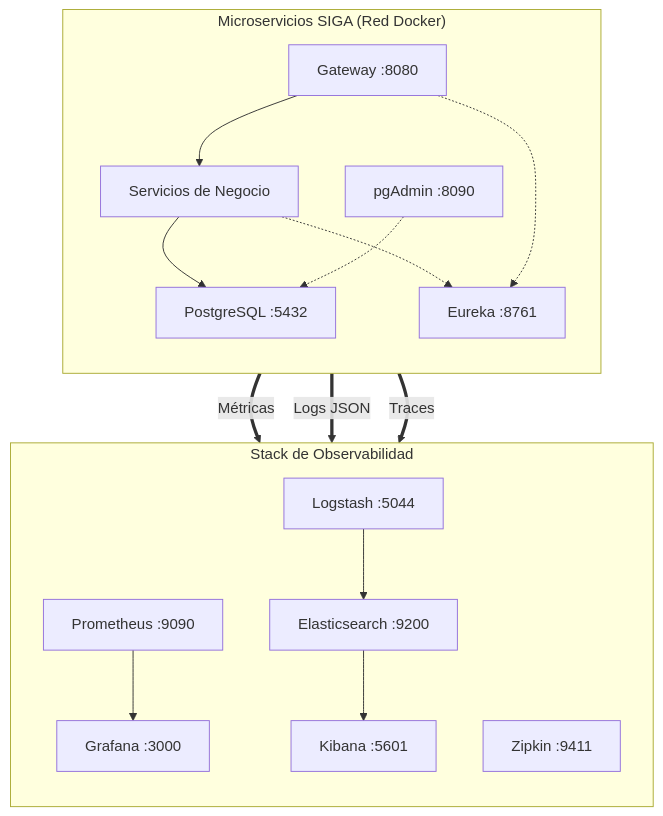
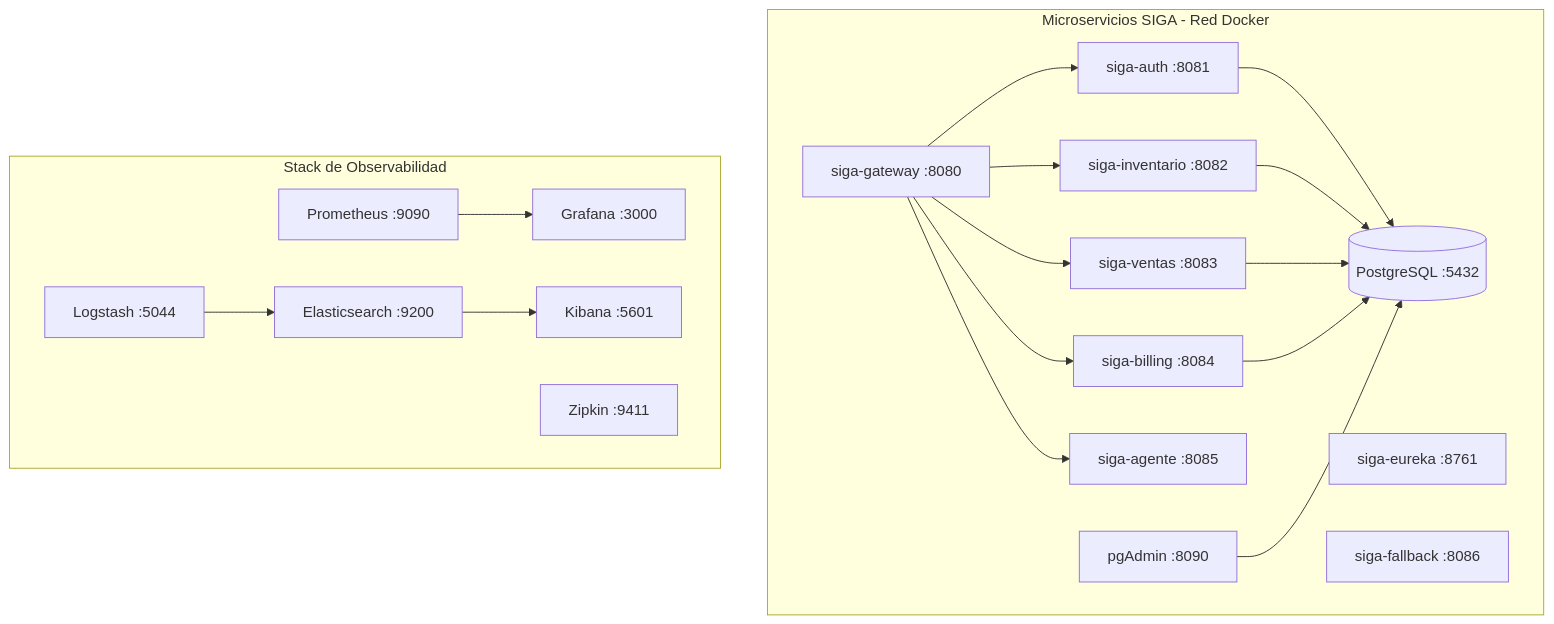
Before and after one commit to HecAguilaV/SIGA: the fifth of 7 diagrams in openspec/changes/migracion-microservicios/architecture-diagrams.md, drawn with Mermaid. The commit also changed other lines of this file, not shown here.

Commit message:
docs: estandarizar TODOS los diagramas con graph (sin flowchart/ELK/emojis)

````diff
--- a/openspec/changes/migracion-microservicios/architecture-diagrams.md
+++ b/openspec/changes/migracion-microservicios/architecture-diagrams.md
@@ -159,27 +159,38 @@
 ```mermaid
-flowchart TD
-    subgraph App["Microservicios SIGA (Red Docker)"]
-        direction TB
-        GW["Gateway :8080"]
-        MS["Servicios de Negocio"]
-        DB["PostgreSQL :5432"]
-        EU["Eureka :8761"]
+graph TD
+    subgraph App["Microservicios SIGA - Red Docker"]
+        GW["siga-gateway :8080"]
+        EU["siga-eureka :8761"]
+        AU["siga-auth :8081"]
+        IN["siga-inventario :8082"]
+        VE["siga-ventas :8083"]
+        BI["siga-billing :8084"]
+        AG["siga-agente :8085"]
+        FB["siga-fallback :8086"]
+        DB[("PostgreSQL :5432")]
         PA["pgAdmin :8090"]
-        
-        GW --> MS --> DB
-        MS -.-> EU
-        GW -.-> EU
-        PA -.-> DB
     end
 
     subgraph Obs["Stack de Observabilidad"]
-        direction TB
-        PR["Prometheus :9090"] --> GR["Grafana :3000"]
-        LS["Logstash :5044"] --> ES["Elasticsearch :9200"] --> KI["Kibana :5601"]
+        PR["Prometheus :9090"]
+        GR["Grafana :3000"]
+        ES["Elasticsearch :9200"]
+        LS["Logstash :5044"]
+        KI["Kibana :5601"]
         ZI["Zipkin :9411"]
     end
-    
-    MS ==>|Métricas| PR
-    MS ==>|Logs JSON| LS
-    MS ==>|Traces| ZI
+
+    GW --> AU
+    GW --> IN
+    GW --> VE
+    GW --> BI
+    GW --> AG
+    AU --> DB
+    IN --> DB
+    VE --> DB
+    BI --> DB
+    PA --> DB
+    PR --> GR
+    LS --> ES
+    ES --> KI
 ```
````
